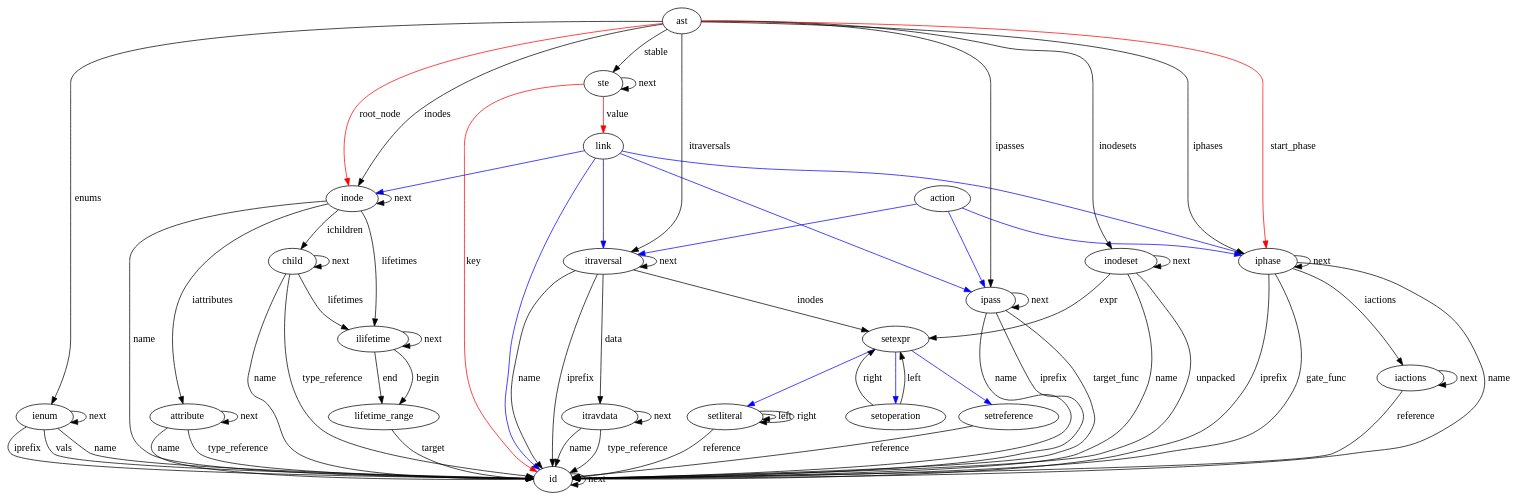
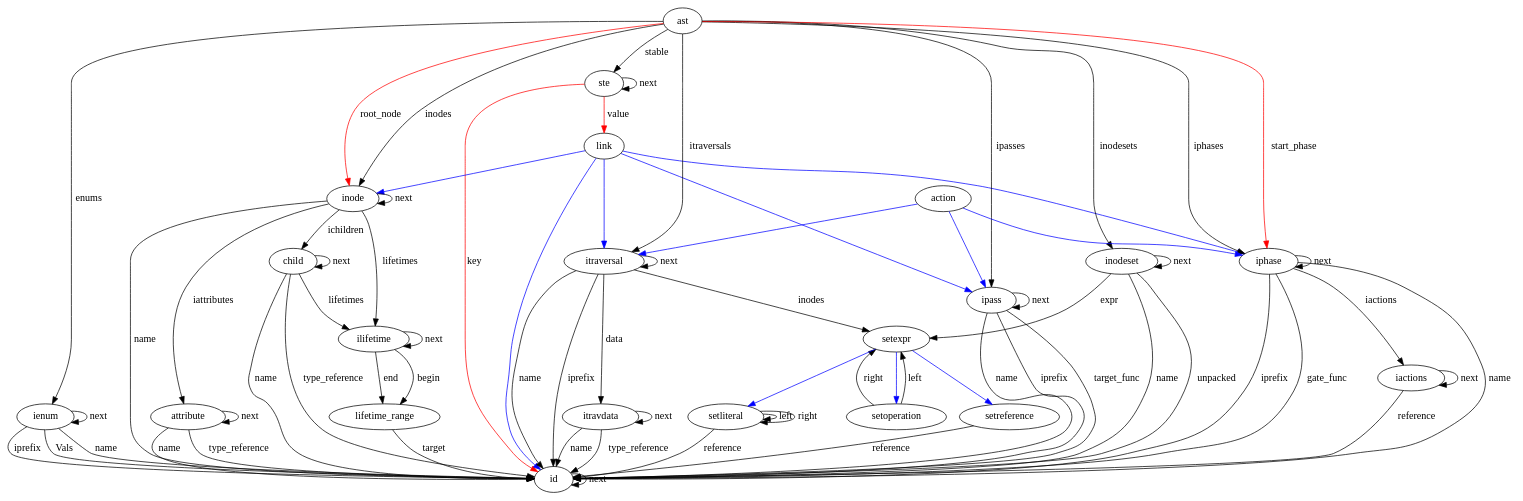
One commit to CoCoNut-UvA/coconut changed the diagram in cocogen/ccngen/ast.dot. Above: the diagram before and after it, drawn with Graphviz. The commit also changed 10 other files, not shown here.

```diff
--- a/cocogen/ccngen/ast.dot
+++ b/cocogen/ccngen/ast.dot
@@ -1,96 +1,96 @@
 digraph Ast {
 id;
 id -> id[label="next"]
 ienum;
-ienum -> id[label="vals"]
+ienum -> id[label="Vals"]
 ienum -> id[label="name"]
 ienum -> id[label="iprefix"]
 ienum -> ienum[label="next"]
 attribute;
 attribute -> id[label="name"]
 attribute -> id[label="type_reference"]
 attribute -> attribute[label="next"]
 itravdata;
 itravdata -> id[label="name"]
 itravdata -> id[label="type_reference"]
 itravdata -> itravdata[label="next"]
 setoperation;
 setoperation -> setexpr[label="left"]
 setoperation -> setexpr[label="right"]
 setliteral;
 setliteral -> id[label="reference"]
 setliteral -> setliteral[label="left"]
 setliteral -> setliteral[label="right"]
 setreference;
 setreference -> id[label="reference"]
 ste;
 ste -> ste[label="next"]
 ste -> id[color=red, label="key"]
 ste -> link[color=red, label="value"]
 child;
 child -> id[label="name"]
 child -> ilifetime[label="lifetimes"]
 child -> child[label="next"]
 child -> id[label="type_reference"]
 lifetime_range;
 lifetime_range -> id[label="target"]
 ilifetime;
 ilifetime -> lifetime_range[label="begin"]
 ilifetime -> lifetime_range[label="end"]
 ilifetime -> ilifetime[label="next"]
 inodeset;
 inodeset -> id[label="name"]
 inodeset -> setexpr[label="expr"]
 inodeset -> id[label="unpacked"]
 inodeset -> inodeset[label="next"]
 inode;
 inode -> id[label="name"]
 inode -> inode[label="next"]
 inode -> child[label="ichildren"]
 inode -> attribute[label="iattributes"]
 inode -> ilifetime[label="lifetimes"]
 ipass;
 ipass -> id[label="name"]
 ipass -> id[label="iprefix"]
 ipass -> id[label="target_func"]
 ipass -> ipass[label="next"]
 itraversal;
 itraversal -> id[label="name"]
 itraversal -> id[label="iprefix"]
 itraversal -> setexpr[label="inodes"]
 itraversal -> itravdata[label="data"]
 itraversal -> itraversal[label="next"]
 iphase;
 iphase -> id[label="name"]
 iphase -> id[label="iprefix"]
 iphase -> id[label="gate_func"]
 iphase -> iactions[label="iactions"]
 iphase -> iphase[label="next"]
 iactions;
 iactions -> id[label="reference"]
 iactions -> iactions[label="next"]
 ast;
 ast -> iphase[label="iphases"]
 ast -> itraversal[label="itraversals"]
 ast -> ipass[label="ipasses"]
 ast -> inode[label="inodes"]
 ast -> inodeset[label="inodesets"]
 ast -> ienum[label="enums"]
 ast -> ste[label="stable"]
 ast -> inode[color=red, label="root_node"]
 ast -> iphase[color=red, label="start_phase"]
 setexpr;
 setexpr -> setoperation [color=blue]
 setexpr -> setreference [color=blue]
 setexpr -> setliteral [color=blue]
 link;
 link -> iphase [color=blue]
 link -> itraversal [color=blue]
 link -> ipass [color=blue]
 link -> inode [color=blue]
 link -> id [color=blue]
 action;
 action -> iphase [color=blue]
 action -> itraversal [color=blue]
 action -> ipass [color=blue]
 }
```
